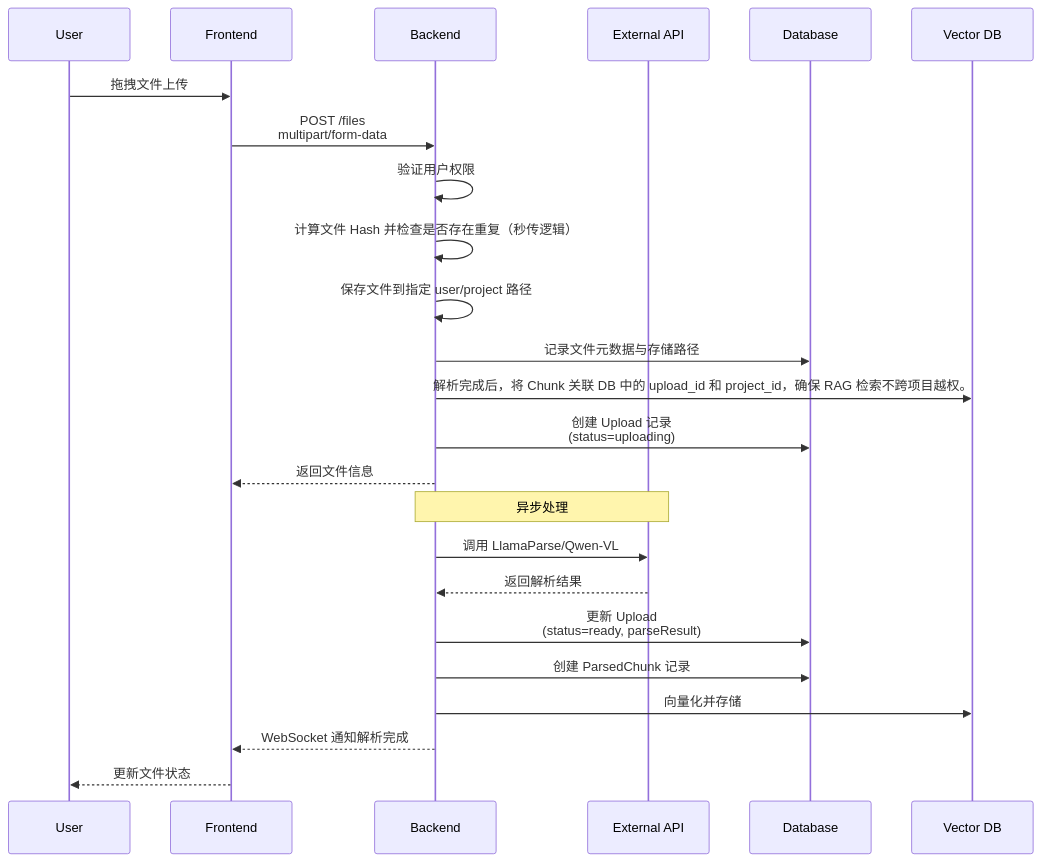
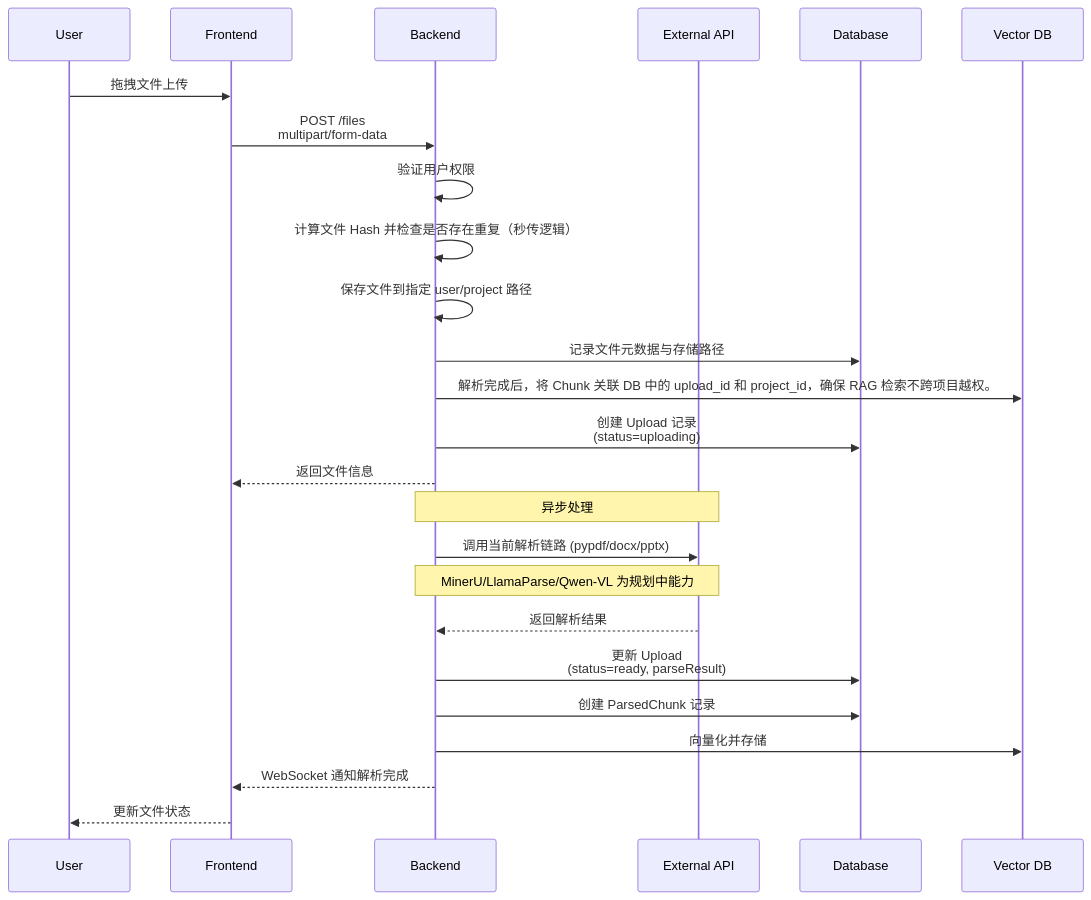
One commit to ln-one/Spectra changed the fourth of 6 diagrams in docs/architecture/system/data-flow.md. Above: the diagram before and after it, drawn with Mermaid. The commit also changed 22 other files, not shown here.

Commit message:
docs(architecture): align docs with MVP and simplify structure

````diff
--- a/docs/architecture/system/data-flow.md
+++ b/docs/architecture/system/data-flow.md
@@ -73,28 +73,29 @@
 ```mermaid
 sequenceDiagram
     participant U as User
     participant F as Frontend
     participant B as Backend
     participant AI as External API
     participant DB as Database
     participant V as Vector DB
 
     U->>F: 拖拽文件上传
     F->>B: POST /files<br/>multipart/form-data
     B->>B: 验证用户权限
     B->>B: 计算文件 Hash 并检查是否存在重复（秒传逻辑）
     B->>B: 保存文件到指定 user/project 路径
     B->>DB: 记录文件元数据与存储路径
     B->>V: 解析完成后，将 Chunk 关联 DB 中的 upload_id 和 project_id，确保 RAG 检索不跨项目越权。
     B->>DB: 创建 Upload 记录<br/>(status=uploading)
     B-->>F: 返回文件信息
     
     Note over B,AI: 异步处理
-    B->>AI: 调用 LlamaParse/Qwen-VL
+    B->>AI: 调用当前解析链路 (pypdf/docx/pptx)
+    Note over B,AI: MinerU/LlamaParse/Qwen-VL 为规划中能力
     AI-->>B: 返回解析结果
     B->>DB: 更新 Upload<br/>(status=ready, parseResult)
     B->>DB: 创建 ParsedChunk 记录
     B->>V: 向量化并存储
     B-->>F: WebSocket 通知解析完成
     F-->>U: 更新文件状态
 ```
````
